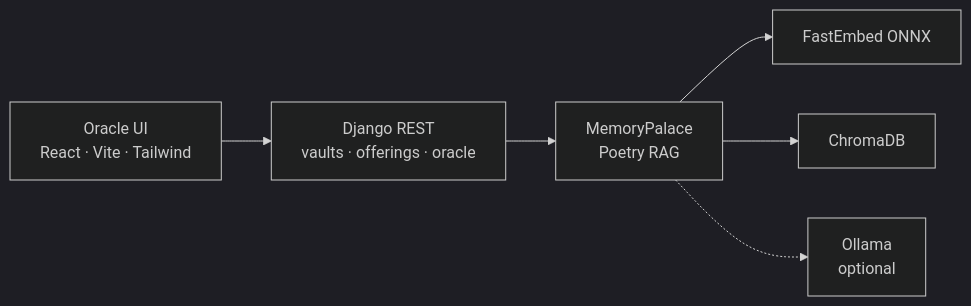
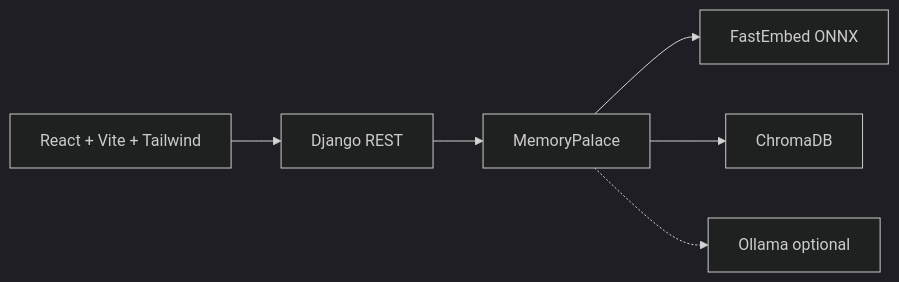
The diagram in README.md (FedericoGabrielCastro/Mnemosyne), drawn with Mermaid (dark theme) before and after one commit. The commit also changed other lines of this file and 2 other files, not shown here.

````diff
--- a/README.md
+++ b/README.md
@@ -33,8 +34,8 @@
 ```mermaid
 flowchart LR
-  A["Oracle UI<br/>React · Vite · Tailwind"] --> B["Django REST<br/>vaults · offerings · oracle"]
-  B --> C["MemoryPalace<br/>Poetry RAG"]
-  C --> D["FastEmbed ONNX"]
-  C --> E["ChromaDB"]
-  C -.-> F["Ollama<br/>optional"]
+  UI[React + Vite + Tailwind] --> API[Django REST]
+  API --> RAG[MemoryPalace]
+  RAG --> EMB[FastEmbed ONNX]
+  RAG --> VEC[ChromaDB]
+  RAG -.-> LLM[Ollama optional]
 ```
````
